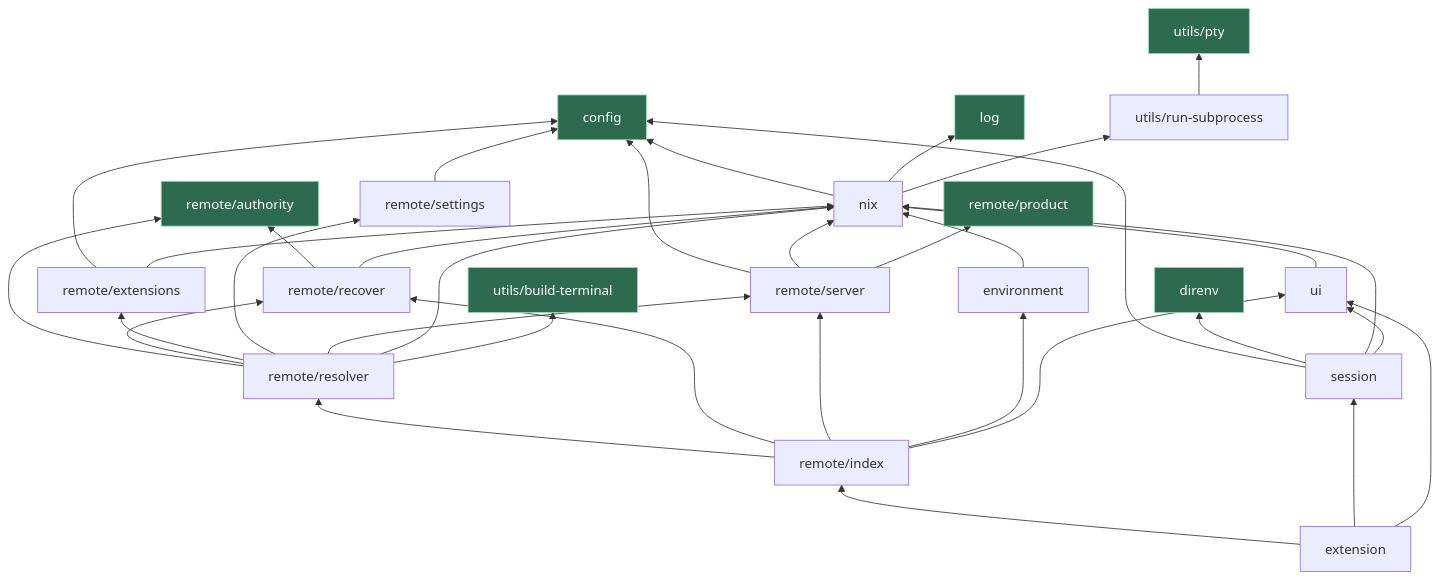
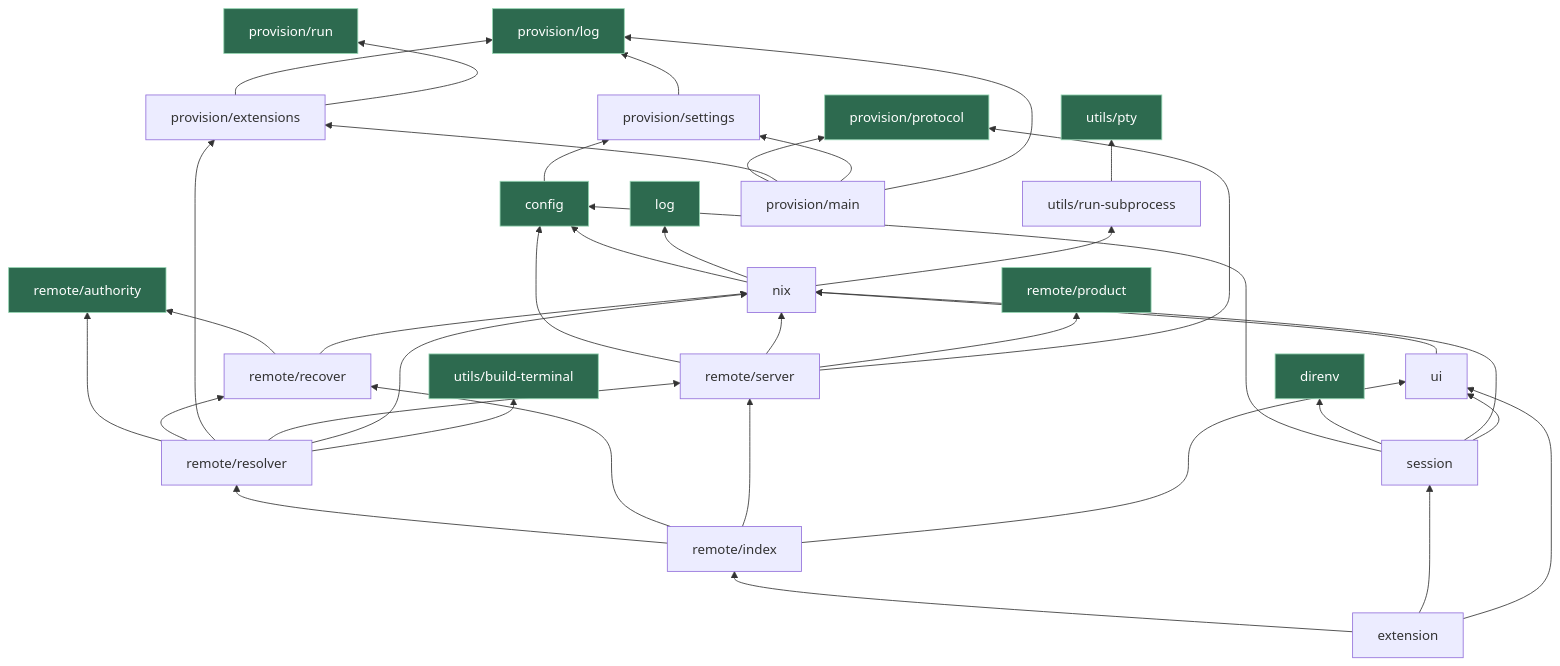
One commit to wiomoc/vscode-nix-develop changed the second of 2 diagrams in architecture/classes.md. Above: the diagram before and after it, drawn with Mermaid. The commit also changed other lines of this file and 27 other files, not shown here.

````diff
--- a/architecture/classes.md
+++ b/architecture/classes.md
@@ -500,65 +529,72 @@
 ```mermaid
 graph BT
     config[config]:::leaf
     log[log]:::leaf
     direnv[direnv]:::leaf
     authority[remote/authority]:::leaf
     product[remote/product]:::leaf
 
     nix[nix]
     pty[utils/pty]:::leaf
     runSubprocess[utils/run-subprocess]
     buildTerminal[utils/build-terminal]:::leaf
-    environment[environment]
     ui[ui]
     session[session]
 
-    extensions[remote/extensions]
-    settings[remote/settings]
+    protocol[provision/protocol]:::leaf
+    provisionLog[provision/log]:::leaf
+    provisionRun[provision/run]:::leaf
+    extensions[provision/extensions]
+    settings[provision/settings]
+    provisionMain[provision/main]
     server[remote/server]
     recover[remote/recover]
     resolver[remote/resolver]
     index[remote/index]
     ext[extension]
 
     nix --> config
     nix --> log
     nix --> runSubprocess
     runSubprocess --> pty
-    environment --> nix
     ui --> nix
     session --> config
     session --> direnv
     session --> nix
     session --> ui
 
-    extensions --> config
-    extensions --> nix
-    settings --> config
+    extensions --> provisionLog
+    extensions --> provisionRun
+    settings --> provisionLog
+    config --> settings
+    provisionMain --> protocol
+    provisionMain --> extensions
+    provisionMain --> settings
+    provisionMain --> provisionLog
+
     server --> config
     server --> nix
     server --> product
+    server --> protocol
 
     recover --> authority
     recover --> nix
 
     resolver --> authority
     resolver --> recover
     resolver --> extensions
-    resolver --> settings
     resolver --> server
     resolver --> nix
     resolver --> buildTerminal
 
     index --> resolver
     index --> recover
     index --> server
-    index --> environment
     index --> ui
 
     ext --> index
     ext --> session
     ext --> ui
 
     classDef leaf fill:#2d6a4f,stroke:#95d5b2,color:#fff
 ```
````
